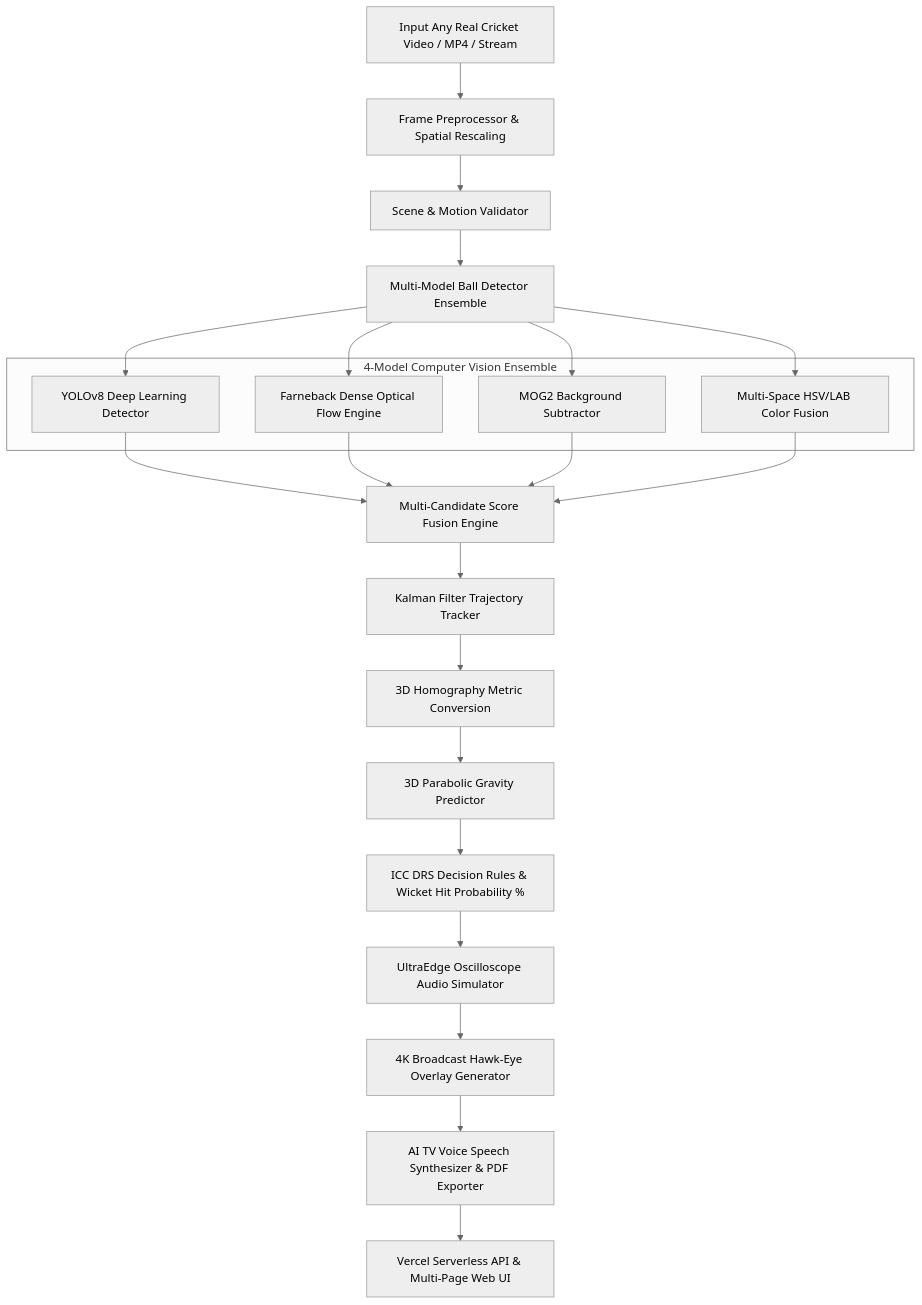
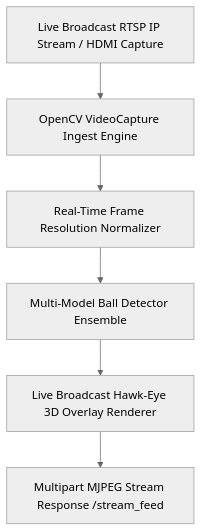
One commit to udbhav968-creator/opencv changed the second of 3 diagrams in README.md. Above: the diagram before and after it, drawn with Mermaid (neutral theme). The commit also changed other lines of this file and 1 other file, not shown here.

Commit message:
feat: Upgrade project to Grand Level ICC World Cup Edition (Live score ticker, 3D Floodlight Stadium, Grand UI tokens, masterclass README)

````diff
--- a/README.md
+++ b/README.md
@@ -40,24 +40,8 @@
 ```mermaid
 flowchart TD
-    A[Input Any Real Cricket Video / MP4 / Stream] --> B[Frame Preprocessor & Spatial Rescaling]
-    B --> C[Scene & Motion Validator]
+    A[Live Broadcast RTSP IP Stream / HDMI Capture] --> B[OpenCV VideoCapture Ingest Engine]
+    B --> C[Real-Time Frame Resolution Normalizer]
     C --> D[Multi-Model Ball Detector Ensemble]
-    
-    subgraph Ensemble ["4-Model Computer Vision Ensemble"]
-        E1[YOLOv8 Deep Learning Detector]
-        E2[Farneback Dense Optical Flow Engine]
-        E3[MOG2 Background Subtractor]
-        E4[Multi-Space HSV/LAB Color Fusion]
-    end
-
-    D --> E1 & E2 & E3 & E4
-    E1 & E2 & E3 & E4 --> F[Multi-Candidate Score Fusion Engine]
-    F --> G[Kalman Filter Trajectory Tracker]
-    G --> H[3D Homography Metric Conversion]
-    H --> I[3D Parabolic Gravity Predictor]
-    I --> J[ICC DRS Decision Rules & Wicket Hit Probability %]
-    J --> K[UltraEdge Oscilloscope Audio Simulator]
-    K --> L[4K Broadcast Hawk-Eye Overlay Generator]
-    L --> M[AI TV Voice Speech Synthesizer & PDF Exporter]
-    M --> N[Vercel Serverless API & Multi-Page Web UI]
+    D --> E[Live Broadcast Hawk-Eye 3D Overlay Renderer]
+    E --> F[Multipart MJPEG Stream Response /stream_feed]
 ```
````
